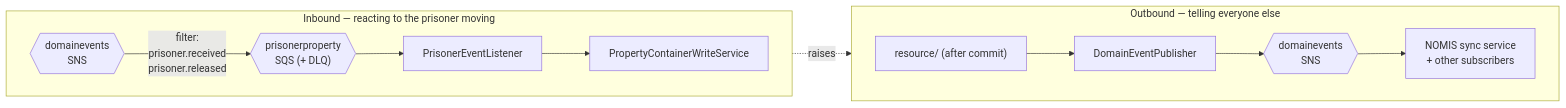
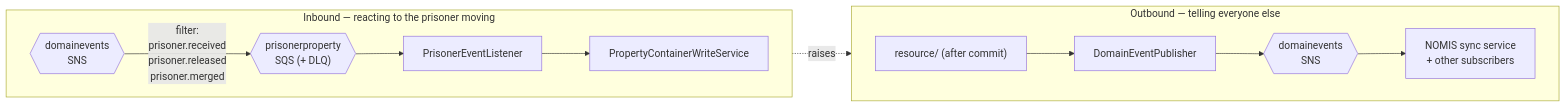
One commit to ministryofjustice/hmpps-prisoner-property-api changed the fifth of 6 diagrams in docs/architecture.md. Above: the diagram before and after it, drawn with Mermaid. The commit also changed other lines of this file and 11 other files, not shown here.

````diff
--- a/docs/architecture.md
+++ b/docs/architecture.md
@@ -252,22 +252,22 @@
 ```mermaid
 flowchart LR
     subgraph in["Inbound — reacting to the prisoner moving"]
         direction LR
         topic{{"domainevents<br/>SNS"}}
         queue{{"prisonerproperty<br/>SQS (+ DLQ)"}}
         listener["PrisonerEventListener"]
         write["PropertyContainerWriteService"]
-        topic -- "filter:<br/>prisoner.received<br/>prisoner.released" --> queue --> listener --> write
+        topic -- "filter:<br/>prisoner.received<br/>prisoner.released<br/>prisoner.merged" --> queue --> listener --> write
     end
 
     subgraph out["Outbound — telling everyone else"]
         direction LR
         resource2["resource/ (after commit)"]
         pub["DomainEventPublisher"]
         topic2{{"domainevents<br/>SNS"}}
         consumers["NOMIS sync service<br/>+ other subscribers"]
         resource2 --> pub --> topic2 --> consumers
     end
 
     write -. "raises" .-> resource2
 ```
````
